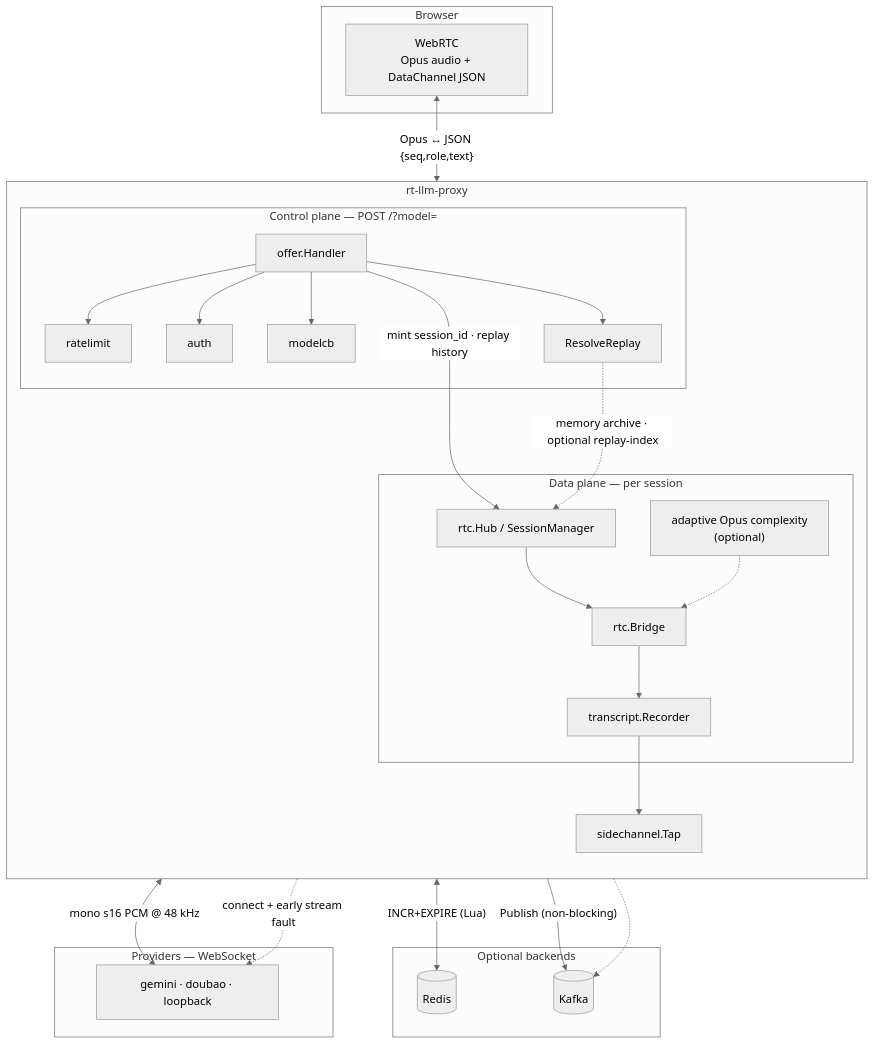
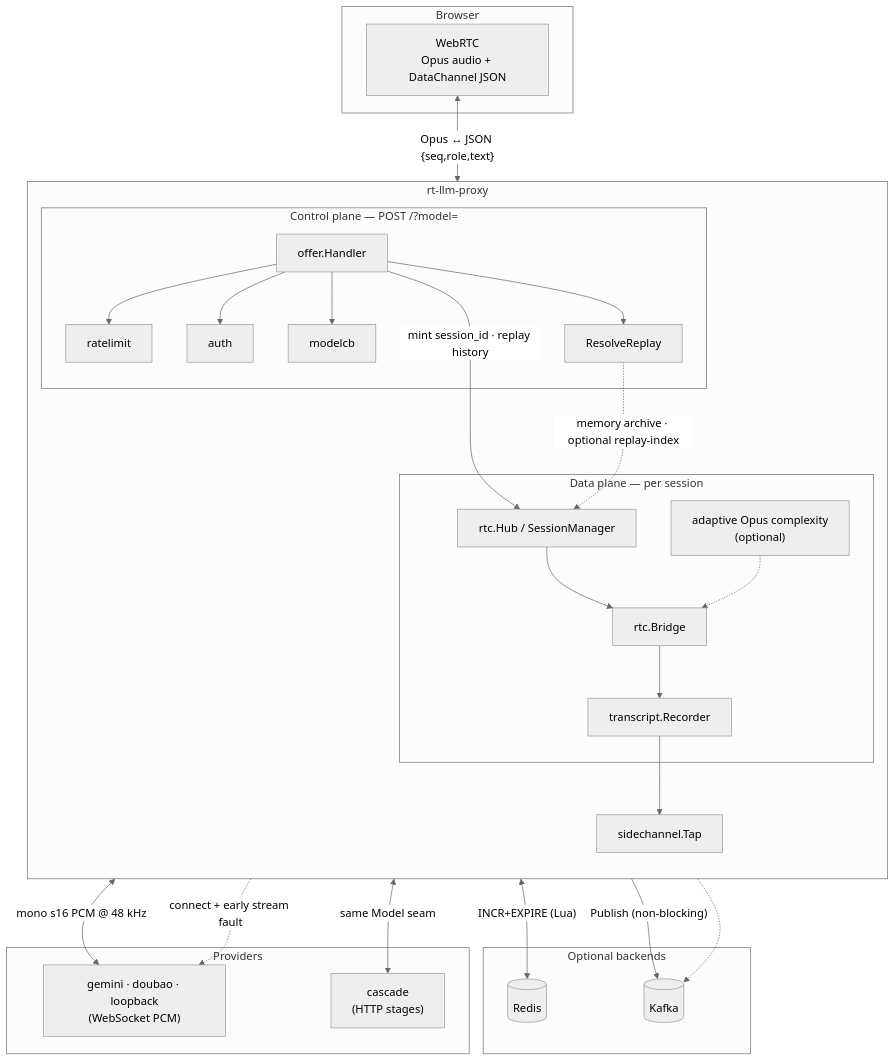
Before and after one commit to thinkinbig/rt_llm_proxy: the first of 5 diagrams in docs/ARCHITECTURE.md, drawn with Mermaid (neutral theme). The commit also changed other lines of this file and 6 other files, not shown here.

````diff
--- a/docs/ARCHITECTURE.md
+++ b/docs/ARCHITECTURE.md
@@ -15,50 +23,52 @@
 ```mermaid
 flowchart TB
   subgraph browser["Browser"]
     WEB["WebRTC<br/>Opus audio + DataChannel JSON"]
   end
 
   subgraph proxy["rt-llm-proxy"]
     direction TB
     subgraph control["Control plane — POST /?model="]
       OFFER["offer.Handler"]
       RL["ratelimit"]
       AUTH["auth"]
       CB["modelcb"]
       REPLAY["ResolveReplay"]
       OFFER --> RL
       OFFER --> AUTH
       OFFER --> CB
       OFFER --> REPLAY
     end
     subgraph data["Data plane — per session"]
       HUB["rtc.Hub / SessionManager"]
       BRIDGE["rtc.Bridge"]
       REC["transcript.Recorder"]
       ADAPT["adaptive Opus complexity<br/>(optional)"]
       HUB --> BRIDGE
       BRIDGE --> REC
       ADAPT -.-> BRIDGE
     end
     OFFER -->|"mint session_id · replay history"| HUB
     TAP["sidechannel.Tap"]
     REC --> TAP
   end
 
   subgraph optional["Optional backends"]
     REDIS[("Redis")]
     KAFKA[("Kafka")]
   end
 
-  subgraph upstream["Providers — WebSocket"]
-    MODELS["gemini · doubao · loopback"]
+  subgraph upstream["Providers"]
+    STS["gemini · doubao · loopback<br/>(WebSocket PCM)"]
+    CASCADE["cascade<br/>(HTTP stages)"]
   end
 
   WEB <-->|"Opus ↔ JSON {seq,role,text}"| BRIDGE
-  BRIDGE <-->|"mono s16 PCM @ 48 kHz"| MODELS
+  BRIDGE <-->|"mono s16 PCM @ 48 kHz"| STS
+  BRIDGE <-->|"same Model seam"| CASCADE
   RL <-->|"INCR+EXPIRE (Lua)"| REDIS
   TAP -->|"Publish (non-blocking)"| KAFKA
   REPLAY -.->|"memory archive · optional replay-index"| HUB
   REPLAY -.-> KAFKA
-  CB -.->|"connect + early stream fault"| MODELS
+  CB -.->|"connect + early stream fault"| STS
 ```
````
